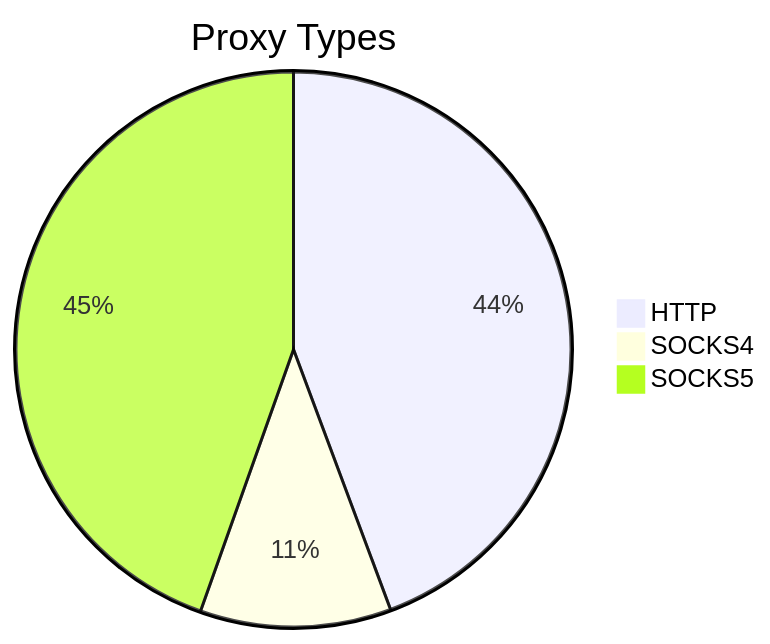
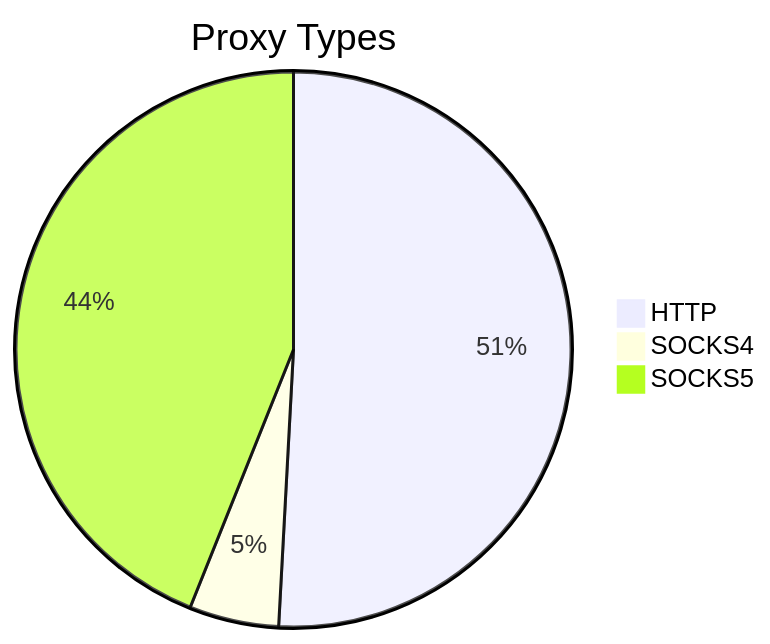
Before and after one commit to stormsia/proxy-list: the first of 2 diagrams in README.md, drawn with Mermaid. The commit also changed other lines of this file, not shown here.

````diff
--- a/README.md
+++ b/README.md
@@ -21,6 +21,6 @@
 ```mermaid
 pie title Proxy Types
-    "HTTP" : 538
-    "SOCKS4" : 135
-    "SOCKS5" : 541
+    "HTTP" : 566
+    "SOCKS4" : 58
+    "SOCKS5" : 489
 ```
````
